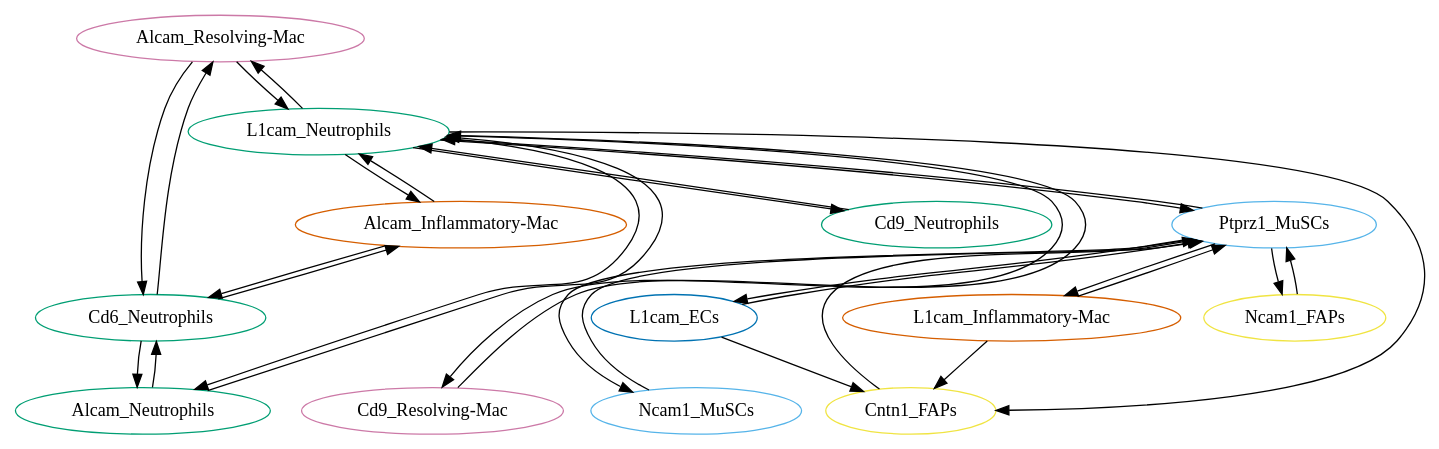
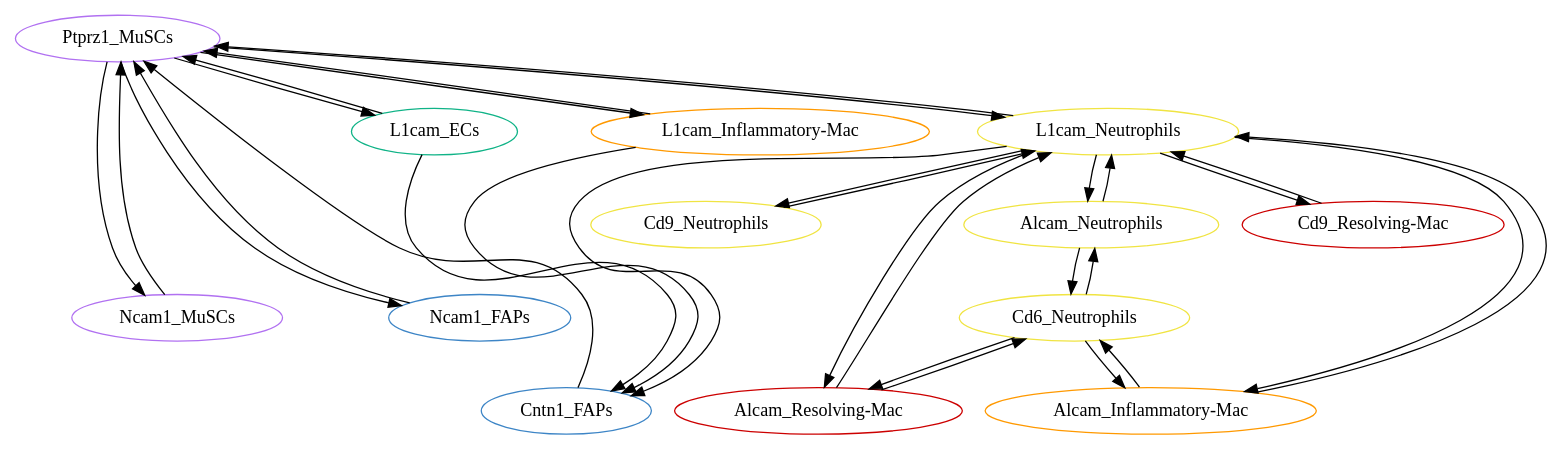
One commit to LeGrand-Lab/BulkAnalysis_plusNetwork changed the diagram in networks_explore/propertiesYoung/dir_compo_D2.dot. Above: the diagram before and after it, drawn with Graphviz. The commit also changed 43 other files, not shown here.

```diff
--- a/networks_explore/propertiesYoung/dir_compo_D2.dot
+++ b/networks_explore/propertiesYoung/dir_compo_D2.dot
@@ -1,157 +1,157 @@
 strict digraph "" {
+	Ptprz1_MuSCs	[celltype=MuSCs,
+		color="#b171f1ff",
+		genesym=Ptprz1,
+		nodetype=receiver,
+		specificity=0.9457805449469654];
+	L1cam_ECs	[celltype=ECs,
+		color="#10b387ff",
+		genesym=L1cam,
+		nodetype=sender,
+		specificity=0.1245005002255258];
+	Ptprz1_MuSCs -> L1cam_ECs	[ecolor="#b171f1ff",
+		origtype=Ptprz1_MuSCs,
+		weight=0.1177501509494676];
+	Ncam1_MuSCs	[celltype=MuSCs,
+		color="#b171f1ff",
+		genesym=Ncam1,
+		nodetype=sender,
+		specificity=0.6184839868322428];
+	Ptprz1_MuSCs -> Ncam1_MuSCs	[ecolor="#b171f1ff",
+		origtype=Ptprz1_MuSCs,
+		weight=0.5849501221071703];
+	Ncam1_FAPs	[celltype=FAPs,
+		color="#3d85c6ff",
+		genesym=Ncam1,
+		nodetype=sender,
+		specificity=0.3282159160005915];
+	Ptprz1_MuSCs -> Ncam1_FAPs	[ecolor="#b171f1ff",
+		origtype=Ptprz1_MuSCs,
+		weight=0.3104202278953069];
+	"L1cam_Inflammatory-Mac"	[celltype="Inflammatory-Mac",
+		color="#ff9900ff",
+		genesym=L1cam,
+		nodetype=sender,
+		specificity=0.1087809232135948];
+	Ptprz1_MuSCs -> "L1cam_Inflammatory-Mac"	[ecolor="#b171f1ff",
+		origtype=Ptprz1_MuSCs,
+		weight=0.1028828808367877];
+	L1cam_Neutrophils	[celltype=Neutrophils,
+		color="#f0e442ff",
+		genesym=L1cam,
+		nodetype=receiver,
+		specificity=0.6080317382054886];
+	Ptprz1_MuSCs -> L1cam_Neutrophils	[ecolor="#b171f1ff",
+		origtype=Ptprz1_MuSCs,
+		weight=0.5750645887050376];
+	Cntn1_FAPs	[celltype=FAPs,
+		color="#3d85c6ff",
+		genesym=Cntn1,
+		nodetype=receiver,
+		specificity=1.0];
+	Cntn1_FAPs -> Ptprz1_MuSCs	[ecolor="#3d85c6ff",
+		origtype=Cntn1_FAPs,
+		weight=0.9457805449469654];
+	L1cam_ECs -> Ptprz1_MuSCs	[ecolor="#10b387ff",
+		origtype=L1cam_ECs,
+		weight=0.1177501509494676];
+	L1cam_ECs -> Cntn1_FAPs	[ecolor="#10b387ff",
+		origtype=L1cam_ECs,
+		weight=0.1245005002255258];
+	Cd6_Neutrophils	[celltype=Neutrophils,
+		color="#f0e442ff",
+		genesym=Cd6,
+		nodetype=sender,
+		specificity=0.7609106647367928];
+	Alcam_Neutrophils	[celltype=Neutrophils,
+		color="#f0e442ff",
+		genesym=Alcam,
+		nodetype=receiver,
+		specificity=0.4948854644949822];
+	Cd6_Neutrophils -> Alcam_Neutrophils	[ecolor="#f0e442ff",
+		origtype=Cd6_Neutrophils,
+		weight=0.3765636277574533];
 	"Alcam_Resolving-Mac"	[celltype="Resolving-Mac",
-		color="#CC79A7",
+		color="#cc0000ff",
 		genesym=Alcam,
 		nodetype=receiver,
 		specificity=0.1647389374732149];
-	L1cam_Neutrophils	[celltype=Neutrophils,
-		color="#009E73",
-		genesym=L1cam,
-		nodetype=receiver,
-		specificity=0.6080317382054886];
-	"Alcam_Resolving-Mac" -> L1cam_Neutrophils	[ecolor="#CC79A7",
-		origtype="Alcam_Resolving-Mac",
-		weight=0.1001665025019642];
-	Cd6_Neutrophils	[celltype=Neutrophils,
-		color="#009E73",
-		genesym=Cd6,
-		nodetype=sender,
-		specificity=0.7609106647367928];
-	"Alcam_Resolving-Mac" -> Cd6_Neutrophils	[ecolor="#CC79A7",
-		origtype="Alcam_Resolving-Mac",
+	Cd6_Neutrophils -> "Alcam_Resolving-Mac"	[ecolor="#f0e442ff",
+		origtype=Cd6_Neutrophils,
 		weight=0.1253516144207769];
 	"Alcam_Inflammatory-Mac"	[celltype="Inflammatory-Mac",
-		color="#D55E00",
+		color="#ff9900ff",
 		genesym=Alcam,
 		nodetype=receiver,
 		specificity=0.3219883503699801];
-	"Alcam_Inflammatory-Mac" -> L1cam_Neutrophils	[ecolor="#D55E00",
-		origtype="Alcam_Inflammatory-Mac",
-		weight=0.1957791363573769];
-	"Alcam_Inflammatory-Mac" -> Cd6_Neutrophils	[ecolor="#D55E00",
-		origtype="Alcam_Inflammatory-Mac",
+	Cd6_Neutrophils -> "Alcam_Inflammatory-Mac"	[ecolor="#f0e442ff",
+		origtype=Cd6_Neutrophils,
 		weight=0.2450043697175249];
-	Ncam1_MuSCs	[celltype=MuSCs,
-		color="#56B4E9",
-		genesym=Ncam1,
-		nodetype=sender,
-		specificity=0.6184839868322428];
-	Ptprz1_MuSCs	[celltype=MuSCs,
-		color="#56B4E9",
-		genesym=Ptprz1,
-		nodetype=receiver,
-		specificity=0.9457805449469654];
-	Ncam1_MuSCs -> Ptprz1_MuSCs	[ecolor="#56B4E9",
-		origtype=Ncam1_MuSCs,
-		weight=0.5849501221071703];
-	Ncam1_FAPs	[celltype=FAPs,
-		color="#F0E442",
-		genesym=Ncam1,
-		nodetype=sender,
-		specificity=0.3282159160005915];
-	Ncam1_FAPs -> Ptprz1_MuSCs	[ecolor="#F0E442",
-		origtype=Ncam1_FAPs,
-		weight=0.3104202278953069];
-	"L1cam_Inflammatory-Mac"	[celltype="Inflammatory-Mac",
-		color="#D55E00",
-		genesym=L1cam,
-		nodetype=sender,
-		specificity=0.1087809232135948];
-	Cntn1_FAPs	[celltype=FAPs,
-		color="#F0E442",
-		genesym=Cntn1,
-		nodetype=receiver,
-		specificity=1.0];
-	"L1cam_Inflammatory-Mac" -> Cntn1_FAPs	[ecolor="#D55E00",
-		origtype="L1cam_Inflammatory-Mac",
-		weight=0.1087809232135948];
-	"L1cam_Inflammatory-Mac" -> Ptprz1_MuSCs	[ecolor="#D55E00",
-		origtype="L1cam_Inflammatory-Mac",
-		weight=0.1028828808367877];
-	Alcam_Neutrophils	[celltype=Neutrophils,
-		color="#009E73",
-		genesym=Alcam,
-		nodetype=receiver,
-		specificity=0.4948854644949822];
-	Alcam_Neutrophils -> L1cam_Neutrophils	[ecolor="#009E73",
-		origtype=Alcam_Neutrophils,
-		weight=0.3009060691895146];
-	Alcam_Neutrophils -> Cd6_Neutrophils	[ecolor="#009E73",
-		origtype=Alcam_Neutrophils,
-		weight=0.3765636277574533];
 	"Cd9_Resolving-Mac"	[celltype="Resolving-Mac",
-		color="#CC79A7",
+		color="#cc0000ff",
 		genesym=Cd9,
 		nodetype=sender,
 		specificity=0.213112216726851];
-	"Cd9_Resolving-Mac" -> L1cam_Neutrophils	[ecolor="#CC79A7",
+	"Cd9_Resolving-Mac" -> L1cam_Neutrophils	[ecolor="#cc0000ff",
 		origtype="Cd9_Resolving-Mac",
 		weight=0.129578991569252];
-	L1cam_Neutrophils -> "Alcam_Resolving-Mac"	[ecolor="#009E73",
-		origtype=L1cam_Neutrophils,
+	Alcam_Neutrophils -> Cd6_Neutrophils	[ecolor="#f0e442ff",
+		origtype=Alcam_Neutrophils,
+		weight=0.3765636277574533];
+	Alcam_Neutrophils -> L1cam_Neutrophils	[ecolor="#f0e442ff",
+		origtype=Alcam_Neutrophils,
+		weight=0.3009060691895146];
+	"Alcam_Resolving-Mac" -> Cd6_Neutrophils	[ecolor="#cc0000ff",
+		origtype="Alcam_Resolving-Mac",
+		weight=0.1253516144207769];
+	"Alcam_Resolving-Mac" -> L1cam_Neutrophils	[ecolor="#cc0000ff",
+		origtype="Alcam_Resolving-Mac",
 		weight=0.1001665025019642];
-	L1cam_Neutrophils -> "Alcam_Inflammatory-Mac"	[ecolor="#009E73",
-		origtype=L1cam_Neutrophils,
-		weight=0.1957791363573769];
-	L1cam_Neutrophils -> Alcam_Neutrophils	[ecolor="#009E73",
-		origtype=L1cam_Neutrophils,
-		weight=0.3009060691895146];
-	L1cam_Neutrophils -> "Cd9_Resolving-Mac"	[ecolor="#009E73",
-		origtype=L1cam_Neutrophils,
-		weight=0.129578991569252];
 	Cd9_Neutrophils	[celltype=Neutrophils,
-		color="#009E73",
+		color="#f0e442ff",
 		genesym=Cd9,
 		nodetype=sender,
 		specificity=0.4947812282762492];
-	L1cam_Neutrophils -> Cd9_Neutrophils	[ecolor="#009E73",
+	Cd9_Neutrophils -> L1cam_Neutrophils	[ecolor="#f0e442ff",
+		origtype=Cd9_Neutrophils,
+		weight=0.3008426902602545];
+	Ncam1_MuSCs -> Ptprz1_MuSCs	[ecolor="#b171f1ff",
+		origtype=Ncam1_MuSCs,
+		weight=0.5849501221071703];
+	Ncam1_FAPs -> Ptprz1_MuSCs	[ecolor="#3d85c6ff",
+		origtype=Ncam1_FAPs,
+		weight=0.3104202278953069];
+	"L1cam_Inflammatory-Mac" -> Ptprz1_MuSCs	[ecolor="#ff9900ff",
+		origtype="L1cam_Inflammatory-Mac",
+		weight=0.1028828808367877];
+	"L1cam_Inflammatory-Mac" -> Cntn1_FAPs	[ecolor="#ff9900ff",
+		origtype="L1cam_Inflammatory-Mac",
+		weight=0.1087809232135948];
+	L1cam_Neutrophils -> Ptprz1_MuSCs	[ecolor="#f0e442ff",
+		origtype=L1cam_Neutrophils,
+		weight=0.5750645887050376];
+	L1cam_Neutrophils -> Cntn1_FAPs	[ecolor="#f0e442ff",
+		origtype=L1cam_Neutrophils,
+		weight=0.6080317382054886];
+	L1cam_Neutrophils -> "Cd9_Resolving-Mac"	[ecolor="#f0e442ff",
+		origtype=L1cam_Neutrophils,
+		weight=0.129578991569252];
+	L1cam_Neutrophils -> Alcam_Neutrophils	[ecolor="#f0e442ff",
+		origtype=L1cam_Neutrophils,
+		weight=0.3009060691895146];
+	L1cam_Neutrophils -> "Alcam_Resolving-Mac"	[ecolor="#f0e442ff",
+		origtype=L1cam_Neutrophils,
+		weight=0.1001665025019642];
+	L1cam_Neutrophils -> Cd9_Neutrophils	[ecolor="#f0e442ff",
 		origtype=L1cam_Neutrophils,
 		weight=0.3008426902602545];
-	L1cam_Neutrophils -> Cntn1_FAPs	[ecolor="#009E73",
+	L1cam_Neutrophils -> "Alcam_Inflammatory-Mac"	[ecolor="#f0e442ff",
 		origtype=L1cam_Neutrophils,
-		weight=0.6080317382054886];
-	L1cam_Neutrophils -> Ptprz1_MuSCs	[ecolor="#009E73",
-		origtype=L1cam_Neutrophils,
-		weight=0.5750645887050376];
-	Cd6_Neutrophils -> "Alcam_Resolving-Mac"	[ecolor="#009E73",
-		origtype=Cd6_Neutrophils,
-		weight=0.1253516144207769];
-	Cd6_Neutrophils -> "Alcam_Inflammatory-Mac"	[ecolor="#009E73",
-		origtype=Cd6_Neutrophils,
+		weight=0.1957791363573769];
+	"Alcam_Inflammatory-Mac" -> Cd6_Neutrophils	[ecolor="#ff9900ff",
+		origtype="Alcam_Inflammatory-Mac",
 		weight=0.2450043697175249];
-	Cd6_Neutrophils -> Alcam_Neutrophils	[ecolor="#009E73",
-		origtype=Cd6_Neutrophils,
-		weight=0.3765636277574533];
-	Cd9_Neutrophils -> L1cam_Neutrophils	[ecolor="#009E73",
-		origtype=Cd9_Neutrophils,
-		weight=0.3008426902602545];
-	L1cam_ECs	[celltype=ECs,
-		color="#0072B2",
-		genesym=L1cam,
-		nodetype=sender,
-		specificity=0.1245005002255258];
-	L1cam_ECs -> Cntn1_FAPs	[ecolor="#0072B2",
-		origtype=L1cam_ECs,
-		weight=0.1245005002255258];
-	L1cam_ECs -> Ptprz1_MuSCs	[ecolor="#0072B2",
-		origtype=L1cam_ECs,
-		weight=0.1177501509494676];
-	Cntn1_FAPs -> Ptprz1_MuSCs	[ecolor="#F0E442",
-		origtype=Cntn1_FAPs,
-		weight=0.9457805449469654];
-	Ptprz1_MuSCs -> Ncam1_MuSCs	[ecolor="#56B4E9",
-		origtype=Ptprz1_MuSCs,
-		weight=0.5849501221071703];
-	Ptprz1_MuSCs -> Ncam1_FAPs	[ecolor="#56B4E9",
-		origtype=Ptprz1_MuSCs,
-		weight=0.3104202278953069];
-	Ptprz1_MuSCs -> "L1cam_Inflammatory-Mac"	[ecolor="#56B4E9",
-		origtype=Ptprz1_MuSCs,
-		weight=0.1028828808367877];
-	Ptprz1_MuSCs -> L1cam_Neutrophils	[ecolor="#56B4E9",
-		origtype=Ptprz1_MuSCs,
-		weight=0.5750645887050376];
-	Ptprz1_MuSCs -> L1cam_ECs	[ecolor="#56B4E9",
-		origtype=Ptprz1_MuSCs,
-		weight=0.1177501509494676];
+	"Alcam_Inflammatory-Mac" -> L1cam_Neutrophils	[ecolor="#ff9900ff",
+		origtype="Alcam_Inflammatory-Mac",
+		weight=0.1957791363573769];
 }
```
